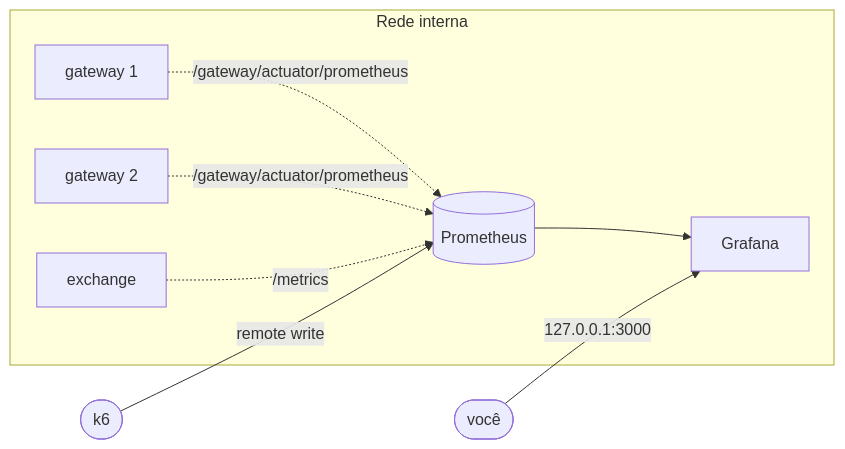
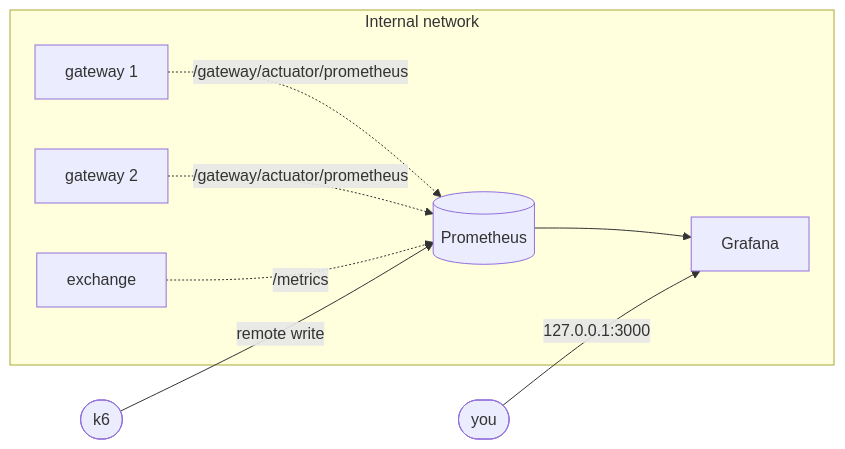
Before and after one commit to pna26/platform: the diagram in docs/bottlenecks/observability.md, drawn with Mermaid. The commit also changed other lines of this file and 55 other files, not shown here.

````diff
--- a/docs/bottlenecks/observability.md
+++ b/docs/bottlenecks/observability.md
@@ -18,10 +18,10 @@
 ``` mermaid
 flowchart LR
-    subgraph trusted [Rede interna]
+    subgraph trusted [Internal network]
         gw1["gateway 1"] & gw2["gateway 2"] -.->|"/gateway/actuator/prometheus"| prom[(Prometheus)]
         ex["exchange"] -.->|"/metrics"| prom
         prom --> graf[Grafana]
     end
     k6([k6]) -->|remote write| prom
-    dev([você]) -->|"127.0.0.1:3000"| graf
+    dev([you]) -->|"127.0.0.1:3000"| graf
 ```
````
